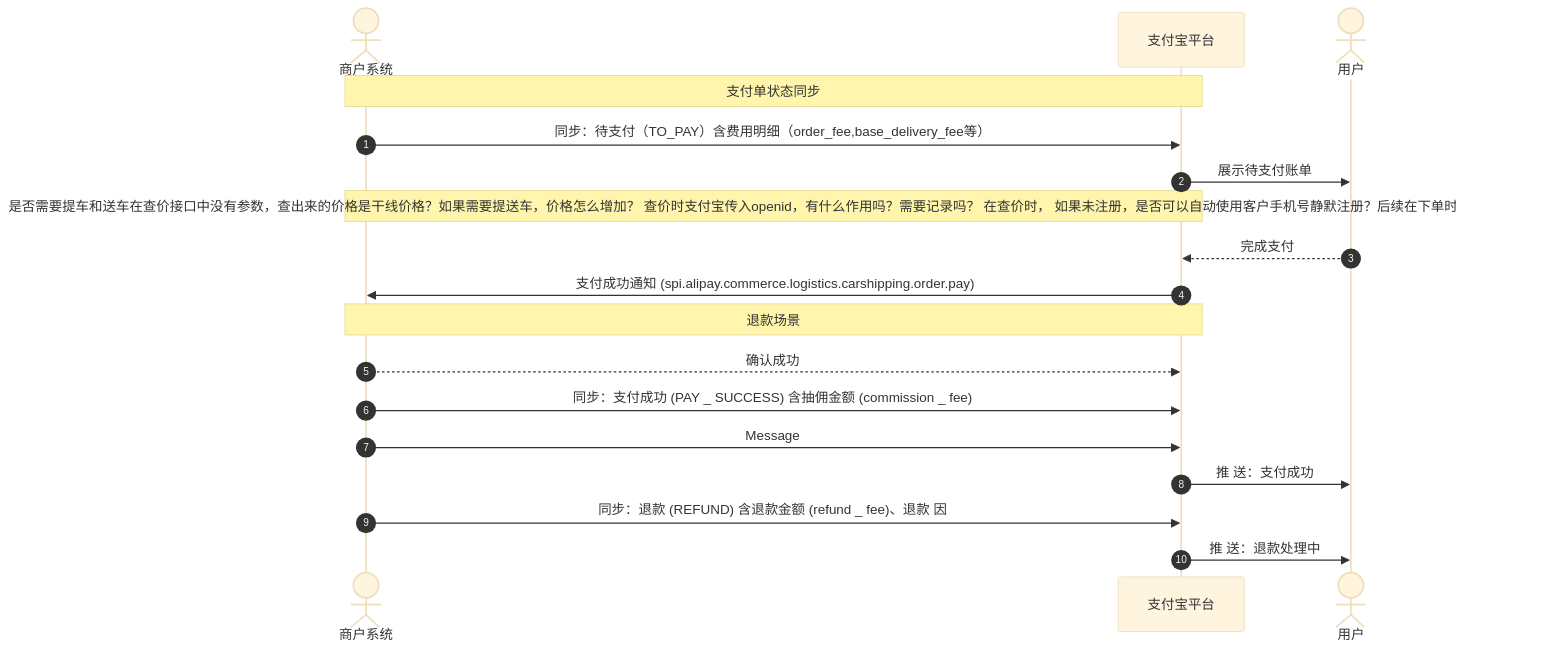
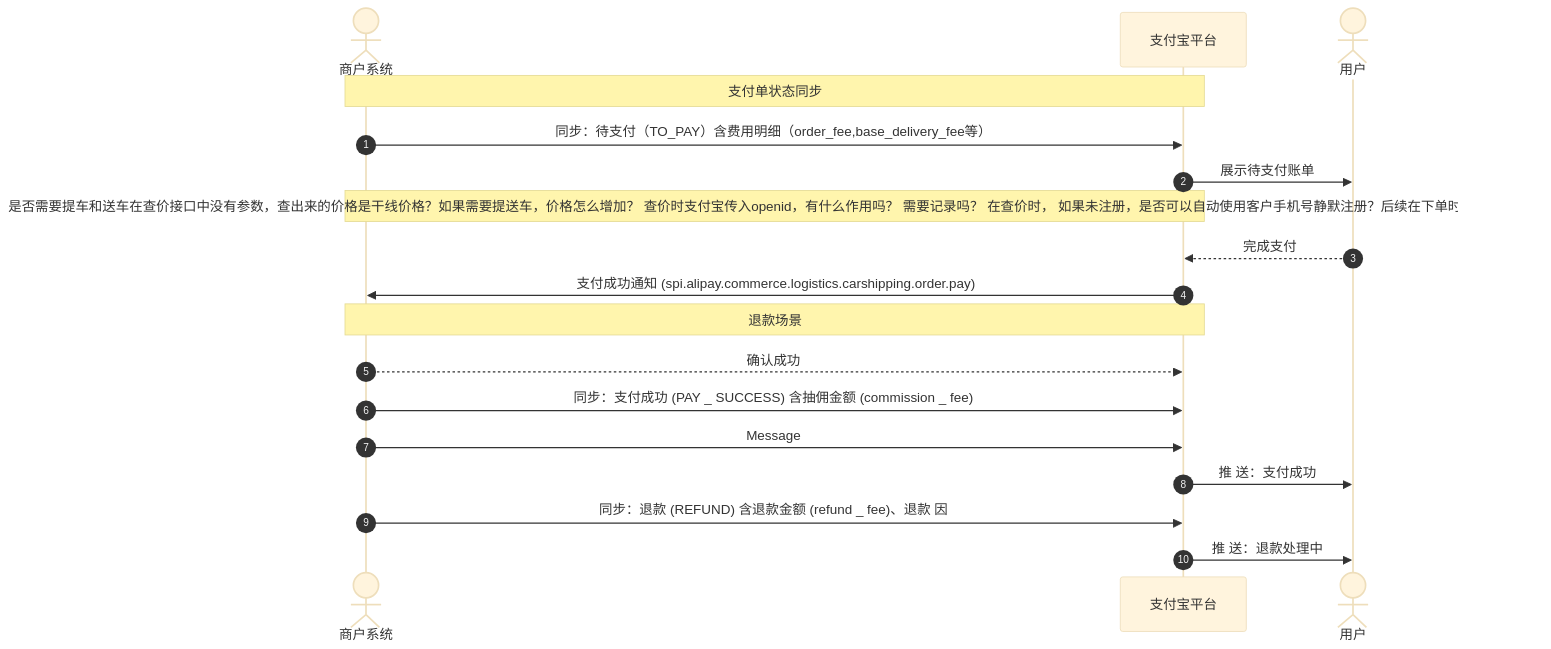
Before and after one commit to pingpm/mermaid_vault: the diagram in notes/支付单状态同步时序_b3042cb3-08c1-43b5-b440-32d3f6443821.md, drawn with Mermaid (base theme). The commit also changed 2 other files, not shown here.

Commit message:
Sync Mermaid Studio data (15 diagrams)

````diff
--- a/notes/支付单状态同步时序_b3042cb3-08c1-43b5-b440-32d3f6443821.md
+++ b/notes/支付单状态同步时序_b3042cb3-08c1-43b5-b440-32d3f6443821.md
@@ -3,21 +3,21 @@
 ```mermaid
 sequenceDiagram
   autonumber
   actor p0 as 商户系统
   participant p1 as ⽀付宝平台
   actor p2 as 用户
   Note over p0,p1: ⽀付单状态同步
   p0->>p1: 同步：待支付（TO_PAY）含费用明细（order_fee,base_delivery_fee等）
   p1->>p2: 展示待⽀付账单
-  Note over p0,p1: 是否需要提车和送车在查价接口中没有参数，查出来的价格是干线价格？如果需要提送车，价格怎么增加？ 查价时支付宝传入openid，有什么作用吗？需要记录吗？ 在查价时， 如果未注册，是否可以自动使用客户手机号静默注册？后续在下单时就无需授权？
+  Note over p0,p1: 是否需要提车和送车在查价接口中没有参数，查出来的价格是干线价格？如果需要提送车，价格怎么增加？ 查价时支付宝传入openid，有什么作用吗？ 需要记录吗？ 在查价时， 如果未注册，是否可以自动使用客户手机号静默注册？后续在下单时就无需授权？
   p2-->>p1: 完成⽀付
   p1->>p0: ⽀付成功通知 (spi.alipay.commerce.logistics.carshipping.order.pay)
   Note over p0,p1: 退款场景
   p0-->>p1: 确认成功
   p0->>p1: 同步：⽀付成功 (PAY _ SUCCESS) 含抽佣⾦额 (commission _ fee)
   p0->>p1: Message
   p1->>p2: 推 送：⽀付成功
   p0->>p1: 同步：退款 (REFUND) 含退款⾦额 (refund _ fee)、退款 因
   p1->>p2: 推 送：退款处理中
 
 ```
````
